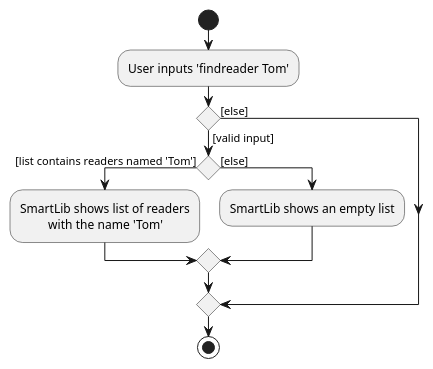
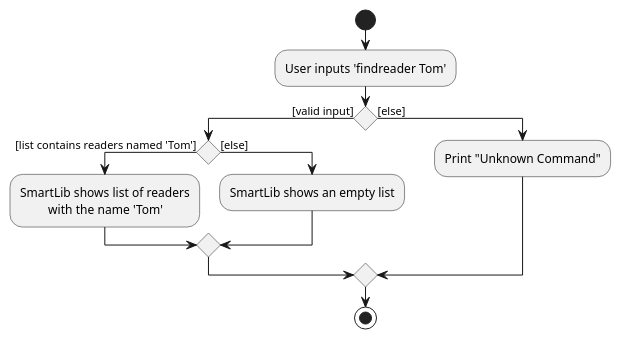
The diagram in docs/diagrams/FindReaderActivityDiagram.puml (nus-cs2103-AY2021S2/tp), drawn with PlantUML before and after one commit. The commit also changed 2 other files, not shown here.

```diff
--- a/docs/diagrams/FindReaderActivityDiagram.puml
+++ b/docs/diagrams/FindReaderActivityDiagram.puml
@@ -1,18 +1,19 @@
 @startuml
 start
 :User inputs 'findreader Tom';
 
 'Since the beta syntax does not support placing the condition outside the
 'diamond we place it as the true branch instead.
 
 if () then ([valid input])
     if () then ([list contains readers named 'Tom'])
         :SmartLib shows list of readers
                  with the name 'Tom';
     else ([else])
         :SmartLib shows an empty list;
     endif
 else ([else])
+    :Print "Unknown Command";
 endif
 stop
 @enduml
```
